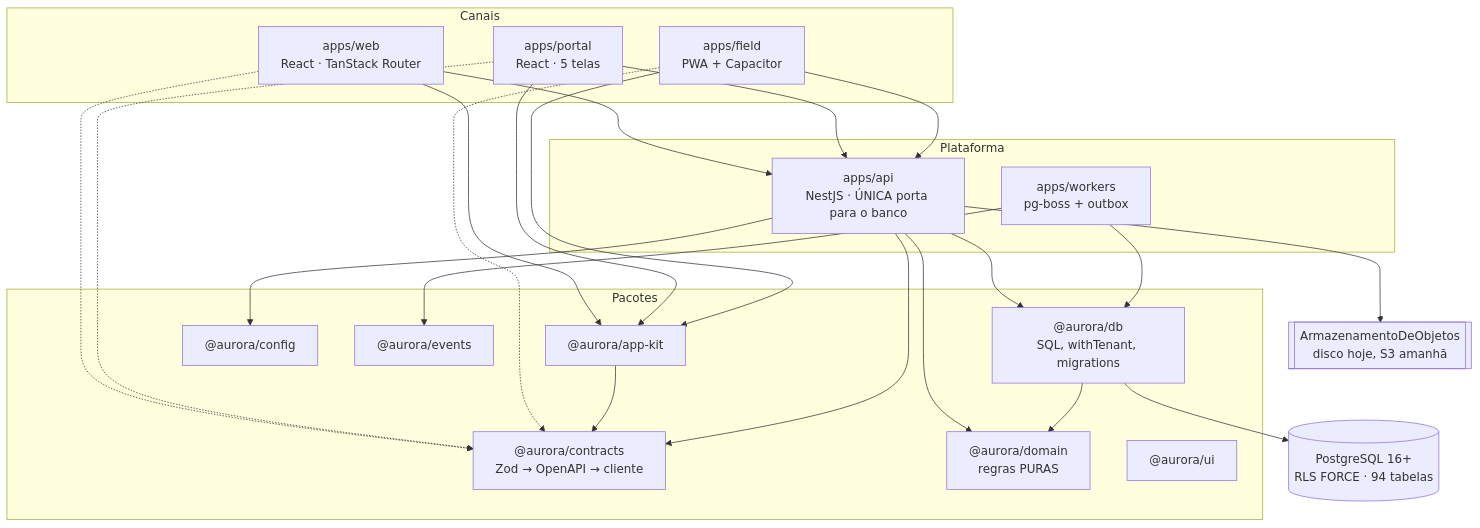
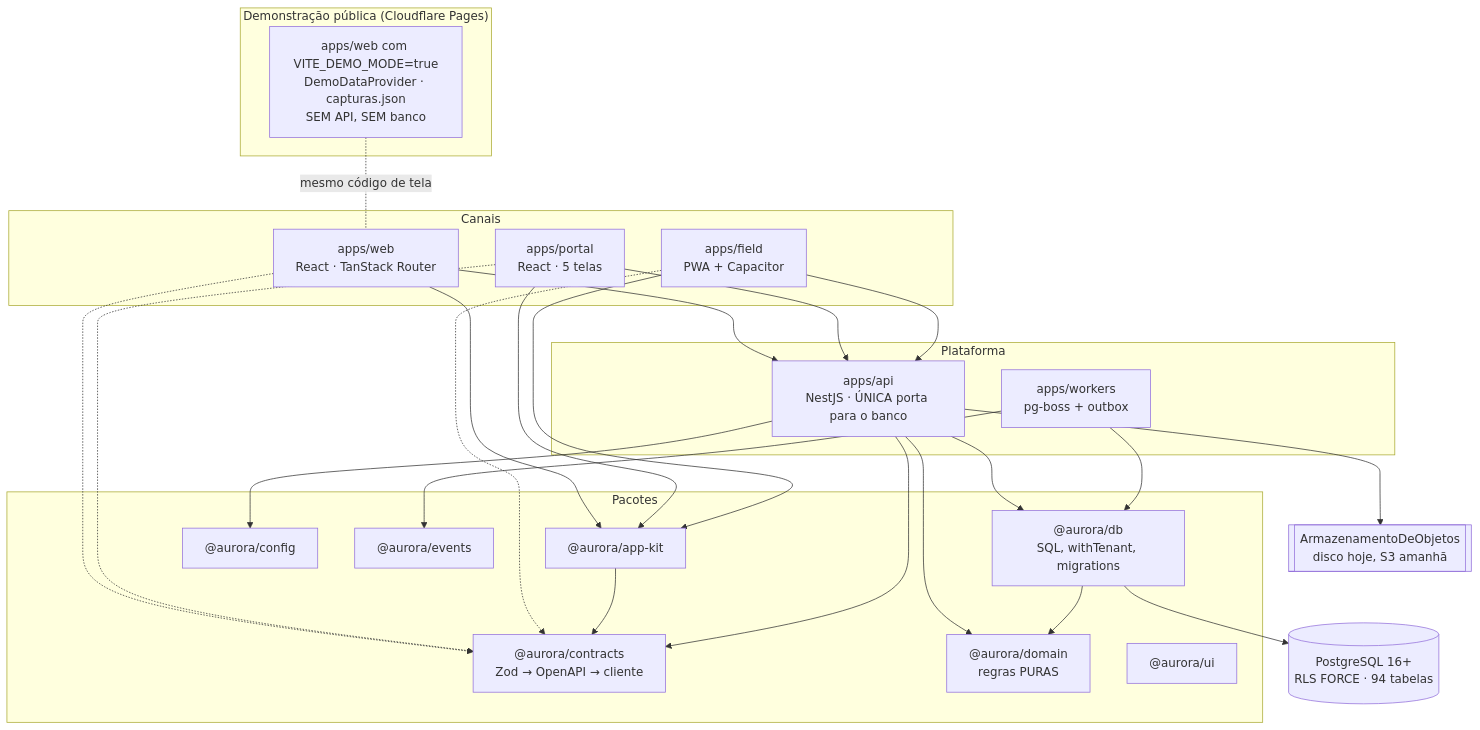
One commit to voceconectadigital/technecaremeds changed the first of 3 diagrams in docs/AI-HANDOFF.md. Above: the diagram before and after it, drawn with Mermaid. The commit also changed other lines of this file and 1 other file, not shown here.

````diff
--- a/docs/AI-HANDOFF.md
+++ b/docs/AI-HANDOFF.md
@@ -115,46 +150,51 @@
 ```mermaid
 graph TB
+  subgraph Demo["Demonstração pública (Cloudflare Pages)"]
+    DEMO["apps/web com VITE_DEMO_MODE=true<br/>DemoDataProvider · capturas.json<br/>SEM API, SEM banco"]
+  end
+
   subgraph Canais
     WEB["apps/web<br/>React · TanStack Router"]
     POR["apps/portal<br/>React · 5 telas"]
     FLD["apps/field<br/>PWA + Capacitor"]
   end
 
   subgraph Plataforma
     API["apps/api<br/>NestJS · ÚNICA porta para o banco"]
     WRK["apps/workers<br/>pg-boss + outbox"]
   end
 
   subgraph Pacotes
     CTR["@aurora/contracts<br/>Zod → OpenAPI → cliente"]
     DOM["@aurora/domain<br/>regras PURAS"]
     DB["@aurora/db<br/>SQL, withTenant, migrations"]
     UI["@aurora/ui"]
     KIT["@aurora/app-kit"]
     CFG["@aurora/config"]
     EVT["@aurora/events"]
   end
 
   PG[("PostgreSQL 16+<br/>RLS FORCE · 94 tabelas")]
   FS[["ArmazenamentoDeObjetos<br/>disco hoje, S3 amanhã"]]
 
+  DEMO -. "mesmo código de tela" .- WEB
   WEB --> API
   POR --> API
   FLD --> API
   WEB -.-> CTR
   POR -.-> CTR
   FLD -.-> CTR
   WEB --> KIT
   POR --> KIT
   FLD --> KIT
   KIT --> CTR
   API --> CTR
   API --> DOM
   API --> DB
   API --> CFG
   API --> FS
   WRK --> DB
   WRK --> EVT
   DB --> PG
   DB --> DOM
 ```
````
